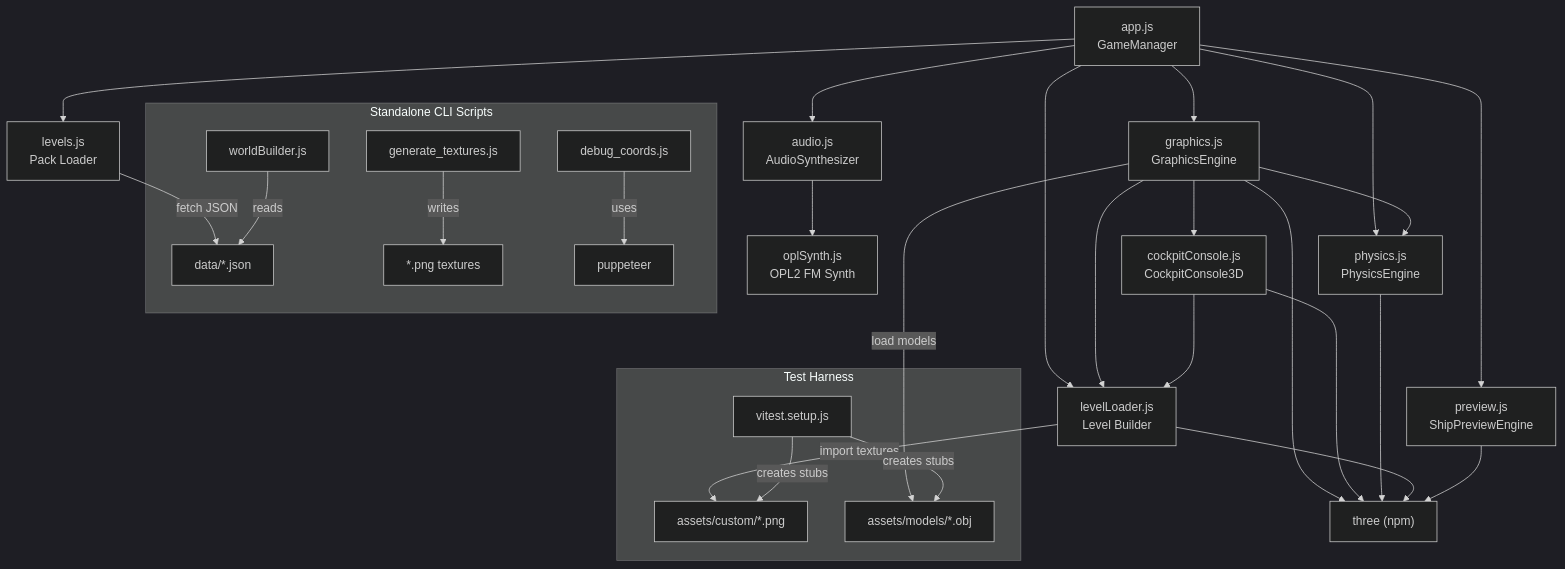
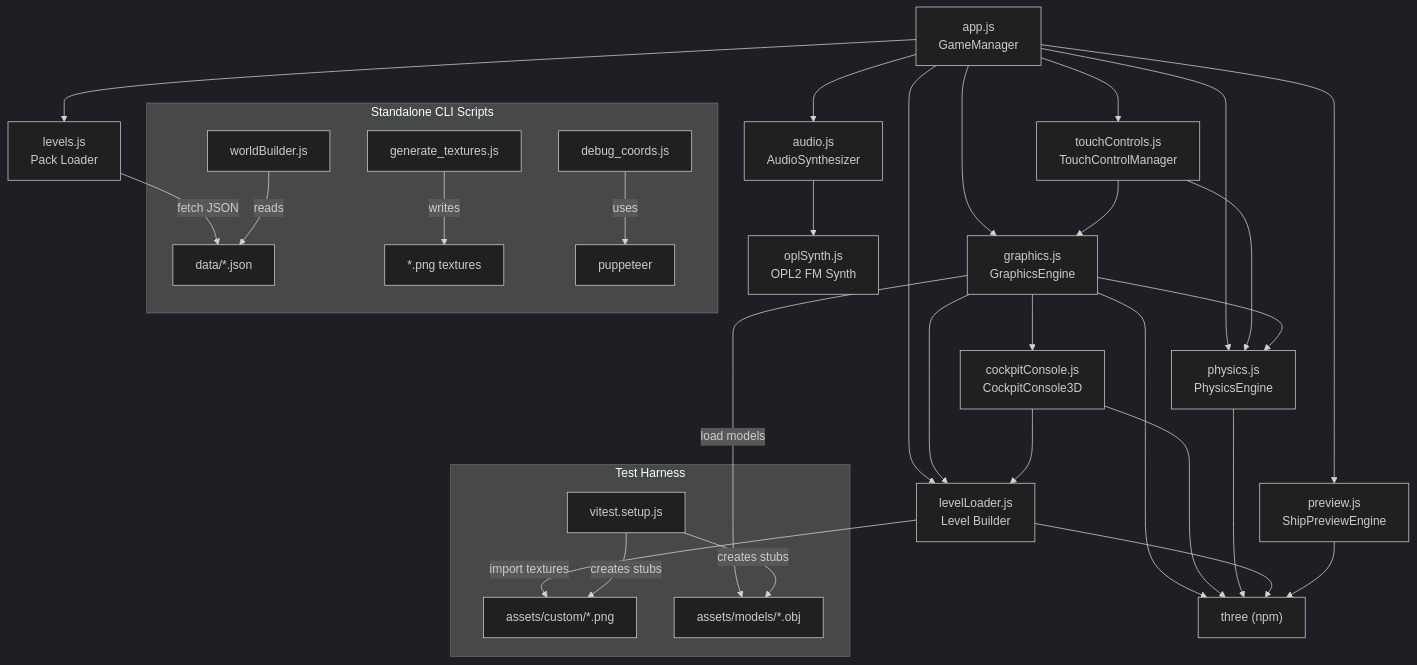
One commit to DasCReeD/space-paths changed the diagram in docs/module-map.md. Above: the diagram before and after it, drawn with Mermaid (dark theme). The commit also changed other lines of this file and 30 other files, not shown here.

Commit message:
feat(touch): overhaul touch controls v2, support cumulative boost, camera tilt, curve segmenting and clean dead code

````diff
--- a/docs/module-map.md
+++ b/docs/module-map.md
@@ -500,40 +545,44 @@
 ```mermaid
 graph TD
     APP["app.js<br/>GameManager"] --> GFX["graphics.js<br/>GraphicsEngine"]
     APP --> PHY["physics.js<br/>PhysicsEngine"]
     APP --> LL["levelLoader.js<br/>Level Builder"]
     APP --> AUD["audio.js<br/>AudioSynthesizer"]
     APP --> PRV["preview.js<br/>ShipPreviewEngine"]
     APP --> LVL["levels.js<br/>Pack Loader"]
+    APP --> TC["touchControls.js<br/>TouchControlManager"]
+
+    TC --> PHY
+    TC --> GFX
 
     GFX --> PHY
     GFX --> CC["cockpitConsole.js<br/>CockpitConsole3D"]
     GFX --> LL
     GFX --> THREE["three (npm)"]
 
     CC --> LL
     CC --> THREE
 
     PHY --> THREE
 
     LL --> THREE
 
     PRV --> THREE
 
     AUD --> OPL["oplSynth.js<br/>OPL2 FM Synth"]
 
     LVL -->|"fetch JSON"| DATA["data/*.json"]
     LL -->|"import textures"| ASSETS["assets/custom/*.png"]
     GFX -->|"load models"| MODELS["assets/models/*.obj"]
 
     subgraph "Standalone CLI Scripts"
         WB["worldBuilder.js"] -->|"reads"| DATA
         GT["generate_textures.js"] -->|"writes"| TEXOUT["*.png textures"]
         DC["debug_coords.js"] -->|"uses"| PUP["puppeteer"]
     end
 
     subgraph "Test Harness"
         VS["vitest.setup.js"] -->|"creates stubs"| ASSETS
         VS -->|"creates stubs"| MODELS
     end
 ```
````
